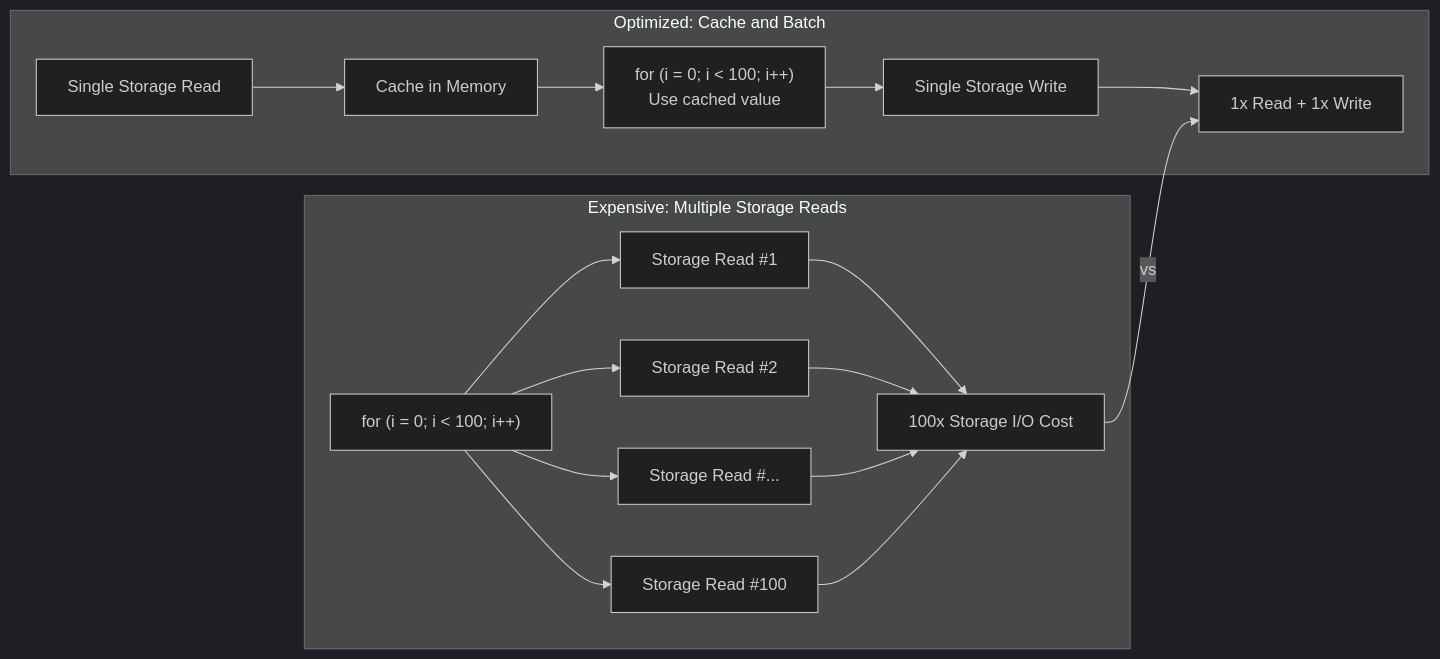
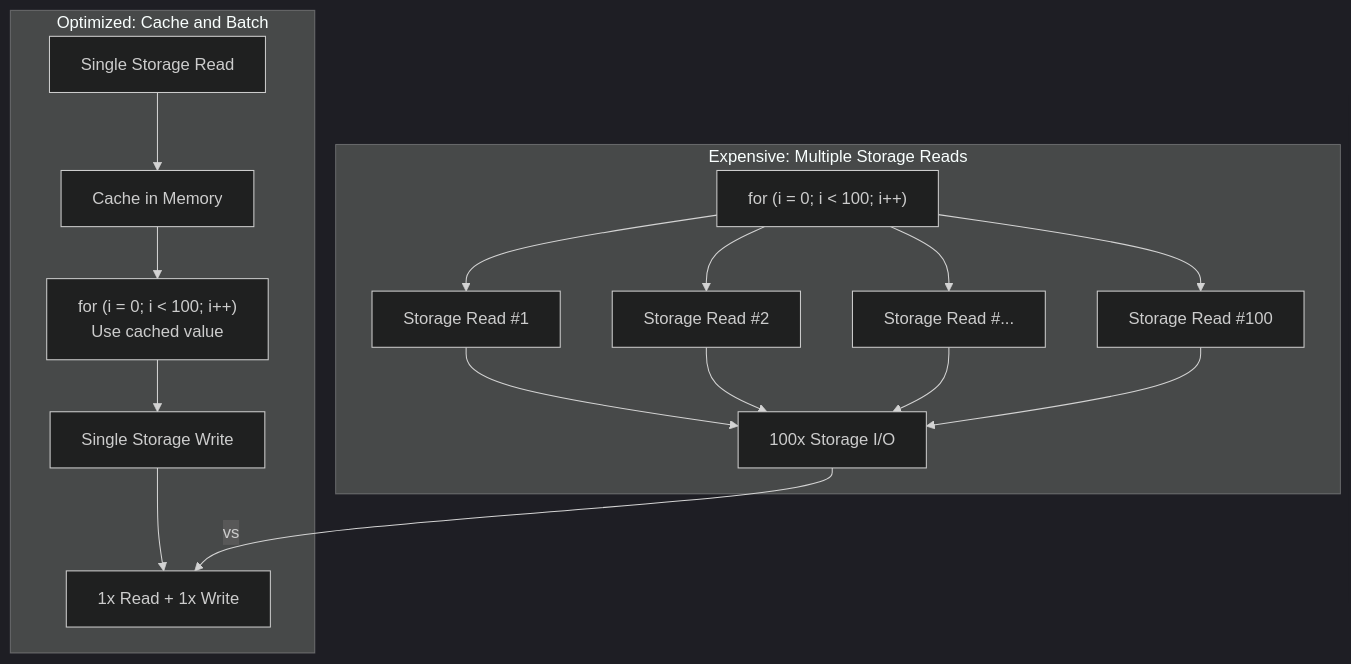
One commit to btc-vision/btc-runtime changed the seventh of 7 diagrams in docs/core-concepts/storage-system.md. Above: the diagram before and after it, drawn with Mermaid. The commit also changed other lines of this file and 7 other files, not shown here.

First line of the commit message:
Refactor diagrams to use sequence diagrams and improve clarity

````diff
--- a/docs/core-concepts/storage-system.md
+++ b/docs/core-concepts/storage-system.md
@@ -696,28 +679,28 @@
 ```mermaid
 ---
 config:
   theme: dark
 ---
-flowchart LR
+flowchart TD
     subgraph Bad["Expensive: Multiple Storage Reads"]
         LOOP1["for (i = 0; i < 100; i++)"]
         LOOP1 --> READ1["Storage Read #1"]
         LOOP1 --> READ2["Storage Read #2"]
         LOOP1 --> READ3["Storage Read #..."]
         LOOP1 --> READ100["Storage Read #100"]
-        READ1 --> COST1["100x Storage I/O Cost"]
+        READ1 --> COST1["100x Storage I/O"]
         READ2 --> COST1
         READ3 --> COST1
         READ100 --> COST1
     end
 
     subgraph Good["Optimized: Cache and Batch"]
         CACHE["Single Storage Read"]
         CACHE --> MEM["Cache in Memory"]
         MEM --> LOOP2["for (i = 0; i < 100; i++)<br/>Use cached value"]
         LOOP2 --> WRITE["Single Storage Write"]
         WRITE --> COST2["1x Read + 1x Write"]
     end
 
     COST1 -->|"vs"| COST2
 ```
````
